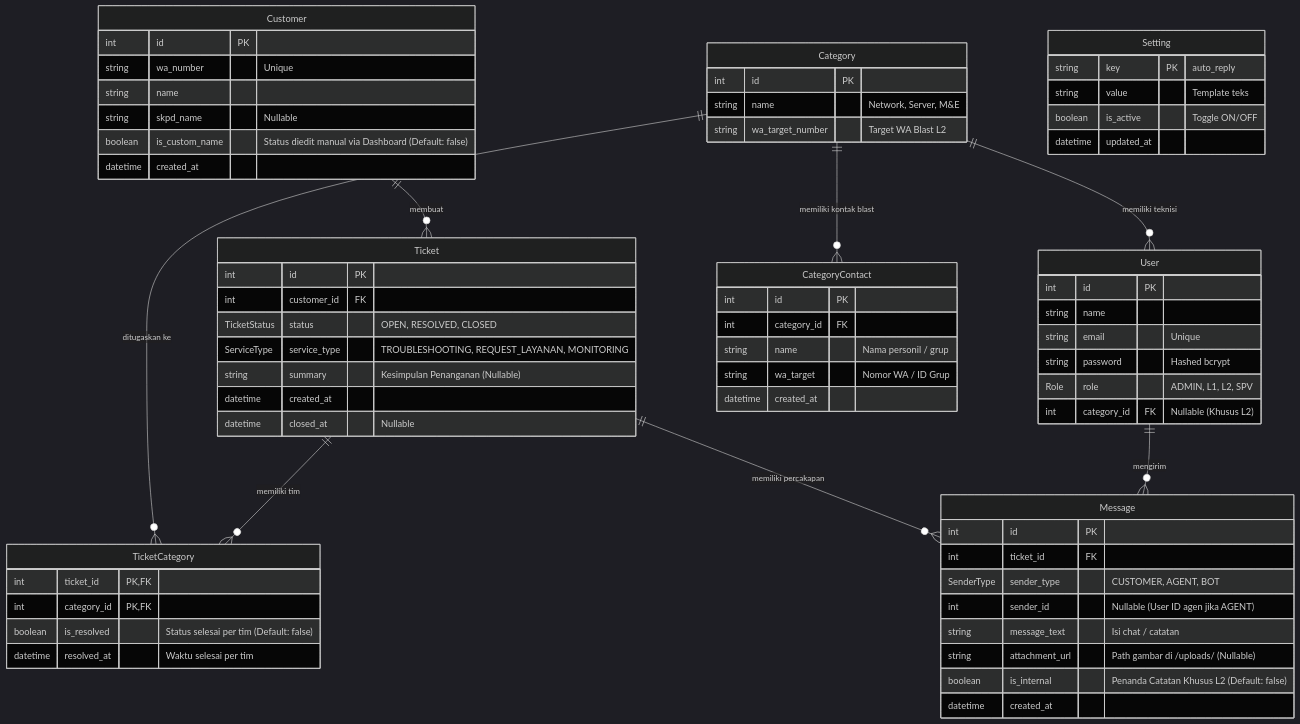
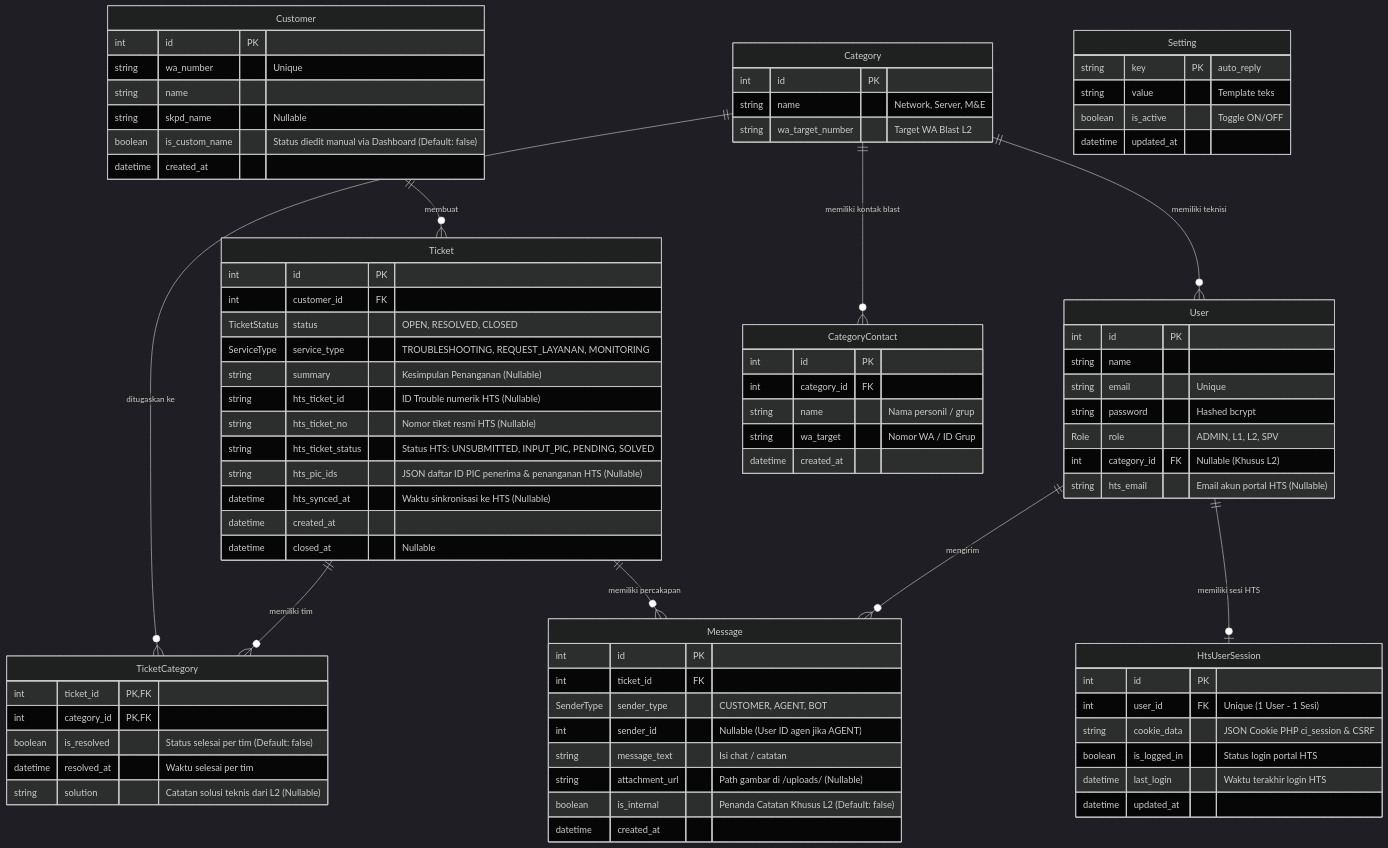
The diagram in docs/Database_Schema.md (llaurensius/hts-chat-integration), drawn with Mermaid (dark theme) before and after one commit. The commit also changed other lines of this file and 11 other files, not shown here.

Commit message:
feat(hts): sinkronisasi PIC penerima-penanganan, tombol selesaikan hts, dan pembaruan menyeluruh dokumentasi v3

```diff
--- a/docs/Database_Schema.md
+++ b/docs/Database_Schema.md
@@ -16,6 +16,7 @@
     Ticket ||--o{ TicketCategory : "memiliki tim"
     Ticket ||--o{ Message : "memiliki percakapan"
     User ||--o{ Message : "mengirim"
+    User ||--o| HtsUserSession : "memiliki sesi HTS"
 
     Customer {
         int id PK
@@ -39,6 +40,16 @@
         string password "Hashed bcrypt"
         Role role "ADMIN, L1, L2, SPV"
         int category_id FK "Nullable (Khusus L2)"
+        string hts_email "Email akun portal HTS (Nullable)"
+    }
+
+    HtsUserSession {
+        int id PK
+        int user_id FK "Unique (1 User - 1 Sesi)"
+        string cookie_data "JSON Cookie PHP ci_session & CSRF"
+        boolean is_logged_in "Status login portal HTS"
+        datetime last_login "Waktu terakhir login HTS"
+        datetime updated_at
     }
 
     Ticket {
@@ -47,6 +58,11 @@
         TicketStatus status "OPEN, RESOLVED, CLOSED"
         ServiceType service_type "TROUBLESHOOTING, REQUEST_LAYANAN, MONITORING"
         string summary "Kesimpulan Penanganan (Nullable)"
+        string hts_ticket_id "ID Trouble numerik HTS (Nullable)"
+        string hts_ticket_no "Nomor tiket resmi HTS (Nullable)"
+        string hts_ticket_status "Status HTS: UNSUBMITTED, INPUT_PIC, PENDING, SOLVED"
+        string hts_pic_ids "JSON daftar ID PIC penerima & penanganan HTS (Nullable)"
+        datetime hts_synced_at "Waktu sinkronisasi ke HTS (Nullable)"
         datetime created_at
         datetime closed_at "Nullable"
     }
@@ -56,8 +72,8 @@
         int category_id PK, FK
         boolean is_resolved "Status selesai per tim (Default: false)"
         datetime resolved_at "Waktu selesai per tim"
+        string solution "Catatan solusi teknis dari L2 (Nullable)"
     }
-
 
     CategoryContact {
         int id PK
@@ -73,6 +89,7 @@
         boolean is_active "Toggle ON/OFF"
         datetime updated_at
     }
+
     Message {
         int id PK
         int ticket_id FK
```
